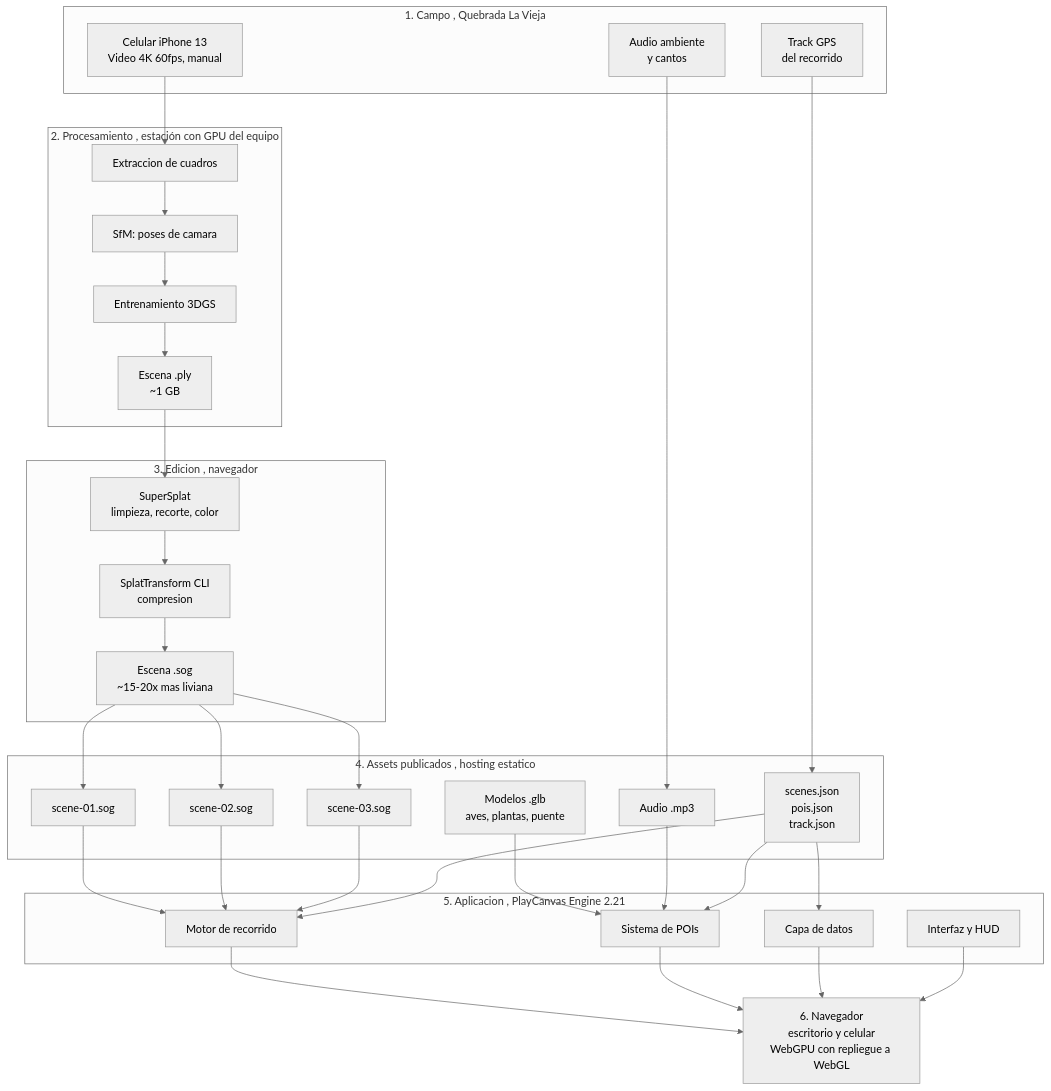
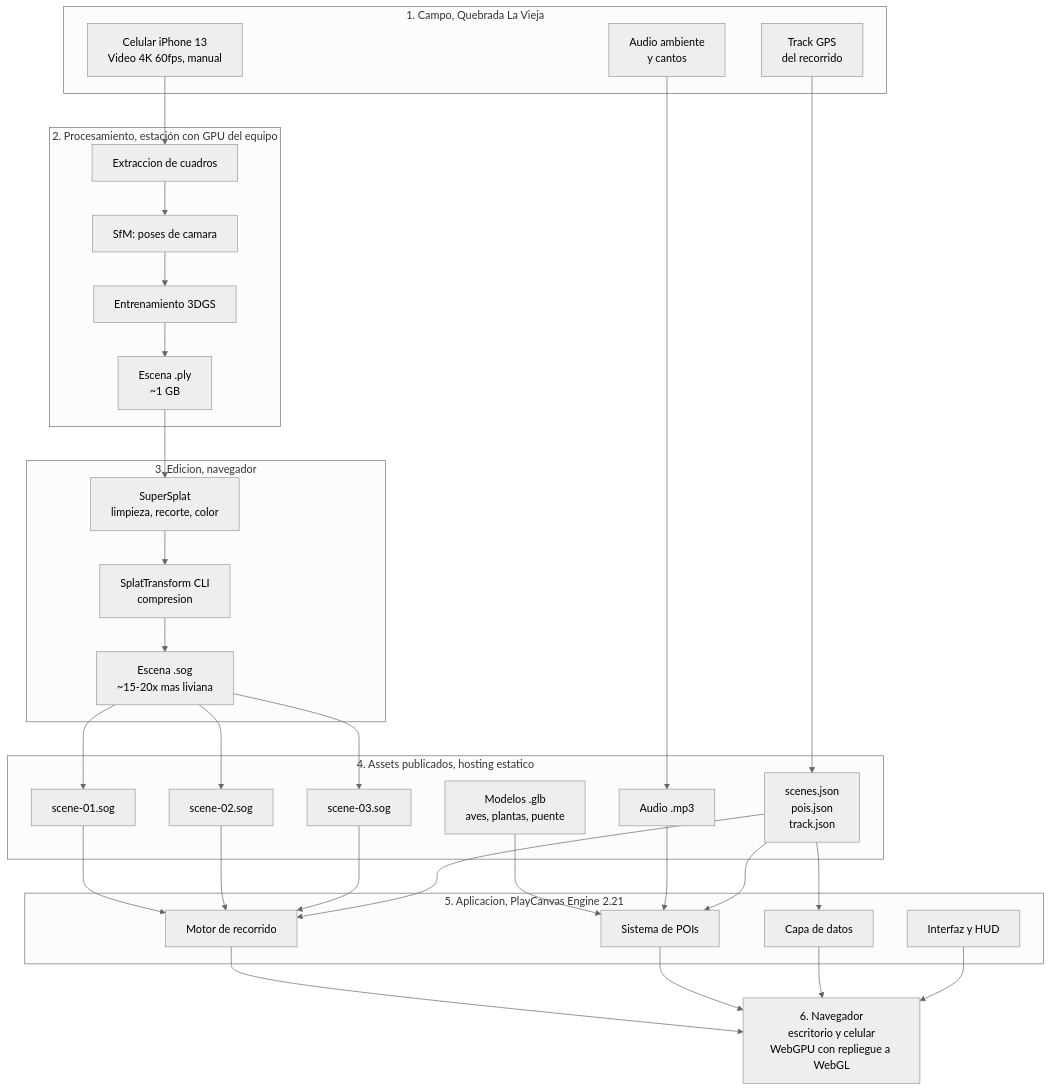
One commit to JuanUrrego146/SenderoVivo changed the first of 7 diagrams in docs/arquitectura.md. Above: the diagram before and after it, drawn with Mermaid (neutral theme). The commit also changed other lines of this file and 5 other files, not shown here.

````diff
--- a/docs/arquitectura.md
+++ b/docs/arquitectura.md
@@ -16,52 +16,52 @@
 ```mermaid
 flowchart TB
-    subgraph campo["1. Campo , Quebrada La Vieja"]
+    subgraph campo["1. Campo, Quebrada La Vieja"]
         CAM["Celular iPhone 13<br/>Video 4K 60fps, manual"]
         GPS["Track GPS<br/>del recorrido"]
         AUD["Audio ambiente<br/>y cantos"]
     end
 
-    subgraph proc["2. Procesamiento , estación con GPU del equipo"]
+    subgraph proc["2. Procesamiento, estación con GPU del equipo"]
         FRM["Extraccion de cuadros"]
         SFM["SfM: poses de camara"]
         TRN["Entrenamiento 3DGS"]
         PLY["Escena .ply<br/>~1 GB"]
     end
 
-    subgraph edit["3. Edicion , navegador"]
+    subgraph edit["3. Edicion, navegador"]
         SS["SuperSplat<br/>limpieza, recorte, color"]
         ST["SplatTransform CLI<br/>compresion"]
         SOG["Escena .sog<br/>~15-20x mas liviana"]
     end
 
-    subgraph assets["4. Assets publicados , hosting estatico"]
+    subgraph assets["4. Assets publicados, hosting estatico"]
         S1["scene-01.sog"]
         S2["scene-02.sog"]
         S3["scene-03.sog"]
         GLB["Modelos .glb<br/>aves, plantas, puente"]
         SND["Audio .mp3"]
         CFG["scenes.json<br/>pois.json<br/>track.json"]
     end
 
-    subgraph app["5. Aplicacion , PlayCanvas Engine 2.21"]
+    subgraph app["5. Aplicacion, PlayCanvas Engine 2.21"]
         ENG["Motor de recorrido"]
         POI["Sistema de POIs"]
         DATA["Capa de datos"]
         UI["Interfaz y HUD"]
     end
 
     NAV["6. Navegador<br/>escritorio y celular<br/>WebGPU con repliegue a WebGL"]
 
     CAM --> FRM --> SFM --> TRN --> PLY --> SS --> ST --> SOG
     SOG --> S1 & S2 & S3
     GPS --> CFG
     AUD --> SND
     S1 & S2 & S3 --> ENG
     GLB --> POI
     SND --> POI
     CFG --> ENG & POI & DATA
     ENG --> NAV
     POI --> NAV
     DATA --> NAV
     UI --> NAV
 ```
````
